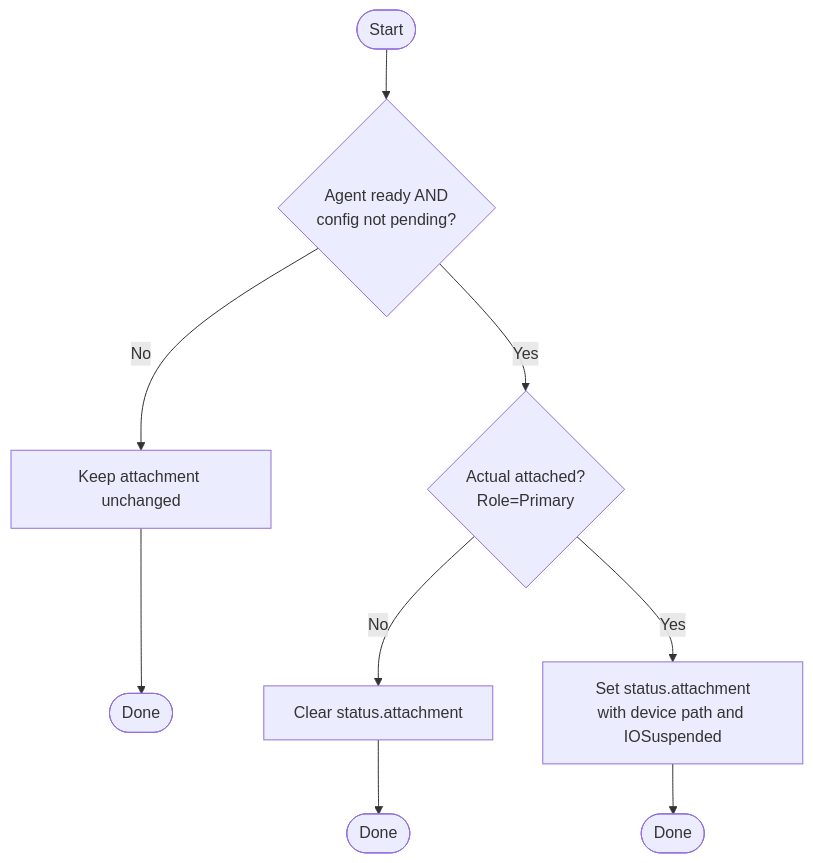
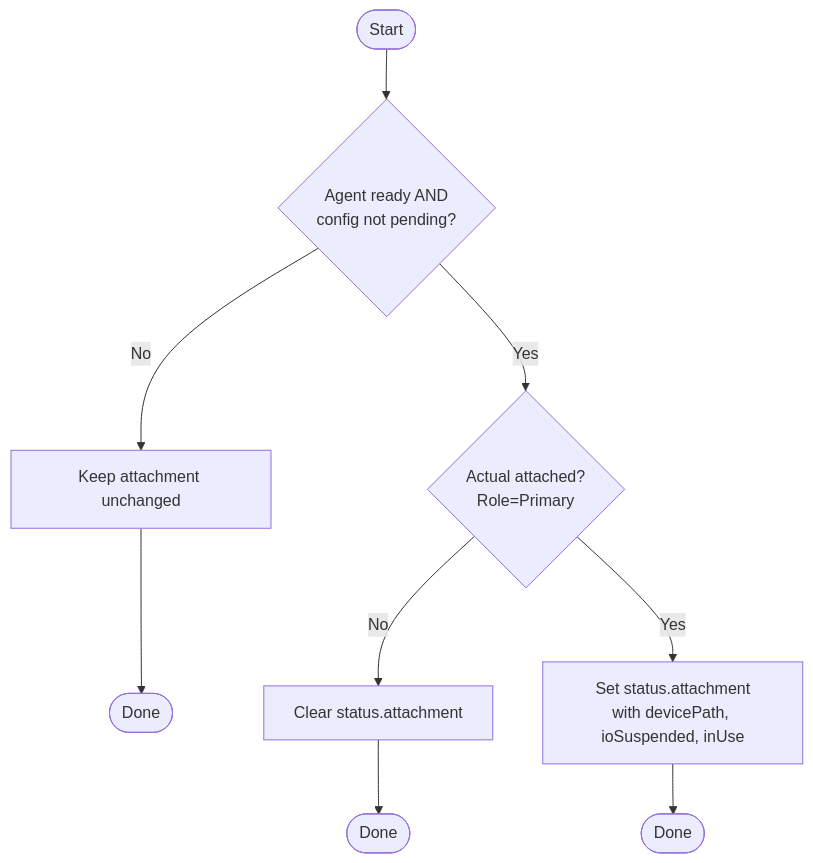
The seventh of 15 diagrams in images/controller/internal/controllers/rvr_controller/README.md (deckhouse/sds-replicated-volume), drawn with Mermaid before and after one commit. The commit also changed other lines of this file and 2 other files, not shown here.

First line of the commit message:
[controller] Propagate deviceOpen from DRBDR to RVR attachment status

````diff
--- a/images/controller/internal/controllers/rvr_controller/README.md
+++ b/images/controller/internal/controllers/rvr_controller/README.md
@@ -854,13 +854,13 @@
 ```mermaid
 flowchart TD
     Start([Start]) --> CheckGuards{Agent ready AND<br/>config not pending?}
     CheckGuards -->|No| KeepAsIs[Keep attachment unchanged]
     KeepAsIs --> End1([Done])
 
     CheckGuards -->|Yes| CheckAttached{Actual attached?<br/>Role=Primary}
     CheckAttached -->|No| ClearAttach[Clear status.attachment]
     ClearAttach --> End2([Done])
 
-    CheckAttached -->|Yes| SetAttach[Set status.attachment<br/>with device path and IOSuspended]
+    CheckAttached -->|Yes| SetAttach["Set status.attachment<br/>with devicePath, ioSuspended, inUse"]
     SetAttach --> End3([Done])
 ```
````
